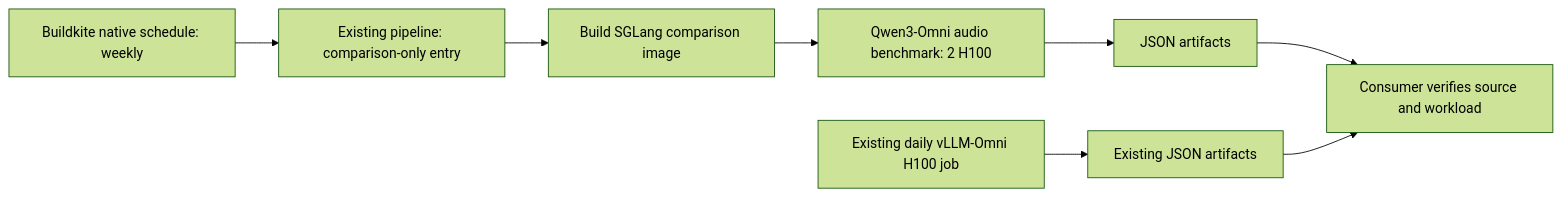
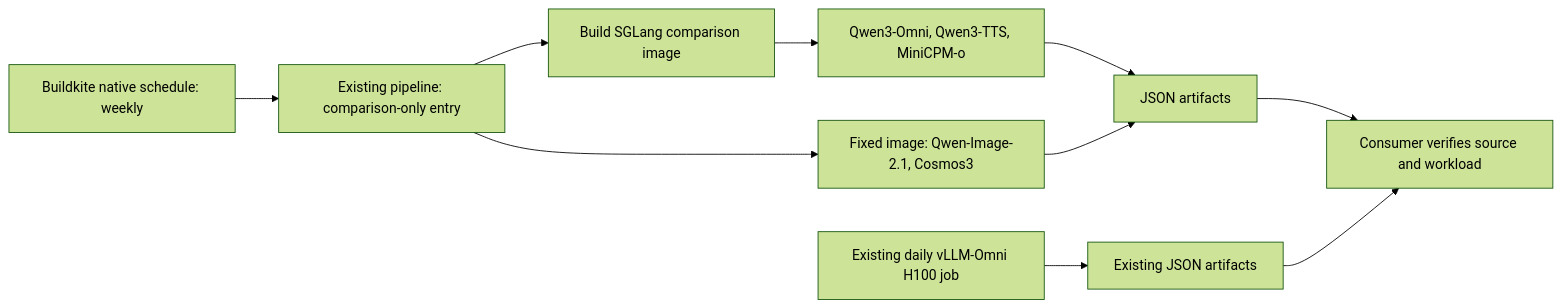
Before and after one commit to vllm-project/vllm-omni: the diagram in docs/contributing/ci/backend_comparison.md, drawn with Mermaid (forest theme). The commit also changed other lines of this file, not shown here.

````diff
--- a/docs/contributing/ci/backend_comparison.md
+++ b/docs/contributing/ci/backend_comparison.md
@@ -7,10 +9,12 @@
 ```mermaid
 flowchart LR
     S[Buildkite native schedule: weekly] --> P[Existing pipeline: comparison-only entry]
     P --> I[Build SGLang comparison image]
-    I --> B[Qwen3-Omni audio benchmark: 2 H100]
+    I --> B[Qwen3-Omni, Qwen3-TTS, MiniCPM-o]
+    P --> D[Fixed image: Qwen-Image-2.1, Cosmos3]
     B --> A[JSON artifacts]
+    D --> A
     N[Existing daily vLLM-Omni H100 job] --> V[Existing JSON artifacts]
     A --> C[Consumer verifies source and workload]
     V --> C
 ```
````
